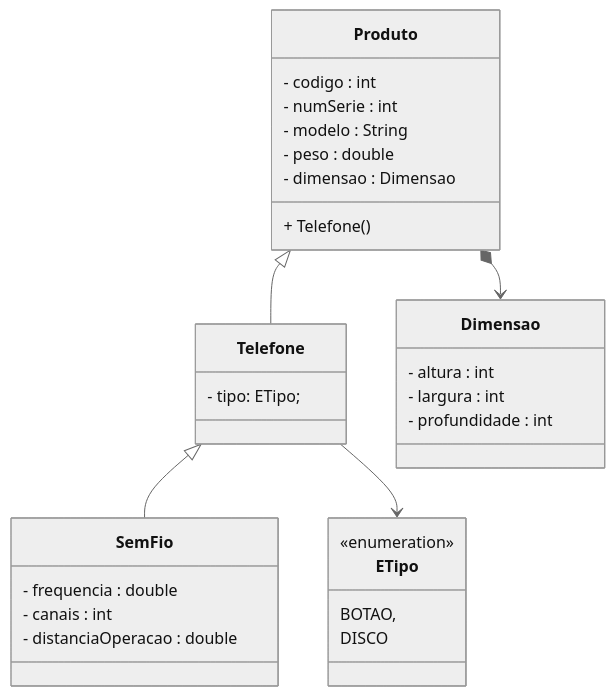
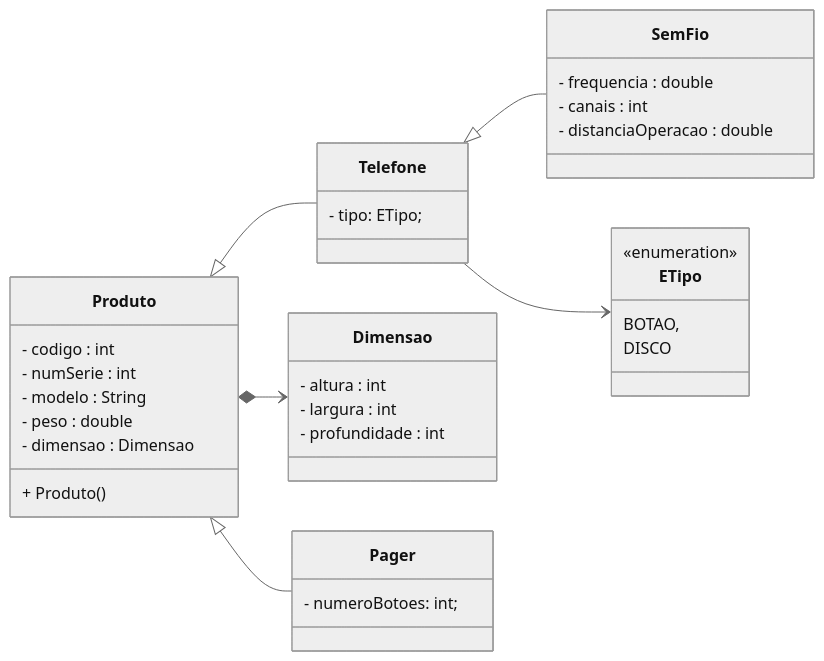
One commit to thesimas/ads-poo-2026 changed the diagram in aulas/2026-10-14-aula/README.md. Above: the diagram before and after it, drawn with Mermaid (neutral theme). The commit also changed other lines of this file and 13 other files, not shown here.

````diff
--- a/aulas/2026-10-14-aula/README.md
+++ b/aulas/2026-10-14-aula/README.md
@@ -3,39 +3,45 @@
 ```mermaid
 classDiagram
     class Produto {
         - codigo : int
         - numSerie : int
         - modelo : String
         - peso : double
         - dimensao : Dimensao
-        + Telefone()
+        + Produto()
     }
     
     class Telefone {
         - tipo: ETipo;
     }
     
     class SemFio {
         - frequencia : double
         - canais : int
         - distanciaOperacao : double
     }
     
     class Dimensao {
         - altura : int
         - largura : int
         - profundidade : int
     }
     
     class ETipo{
         <<enumeration>>
         BOTAO,
         DISCO
     }
-        
+    
+    class Pager {
+        - numeroBotoes: int;
+    }
+
+    direction LR
     
     Produto *--> Dimensao
     Produto <|-- Telefone
     Telefone <|-- SemFio
     Telefone --> ETipo
+    Produto <|-- Pager
 ```
````
